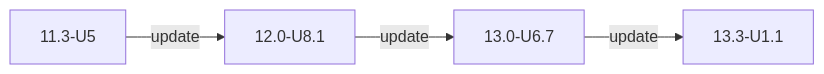
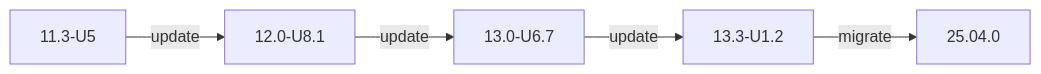
The first of 2 diagrams in static/includes/COREUpgradePaths.md (truenas/documentation), drawn with Mermaid before and after one commit. The commit also changed 6 other files, not shown here.

```diff
--- a/static/includes/COREUpgradePaths.md
+++ b/static/includes/COREUpgradePaths.md
@@ -12,6 +12,7 @@
       {{< mermaid class="mermaid_sizing" >}}
       flowchart LR
       A["11.3-U5"] -->|update| B["12.0-U8.1"]
       B -->|update| C["13.0-U6.7"]
-      C -->|update| D["13.3-U1.1"]
+      C -->|update| D["13.3-U1.2"]
+	  D -->|migrate| E["25.04.0"]
       {{< /mermaid >}}
```
